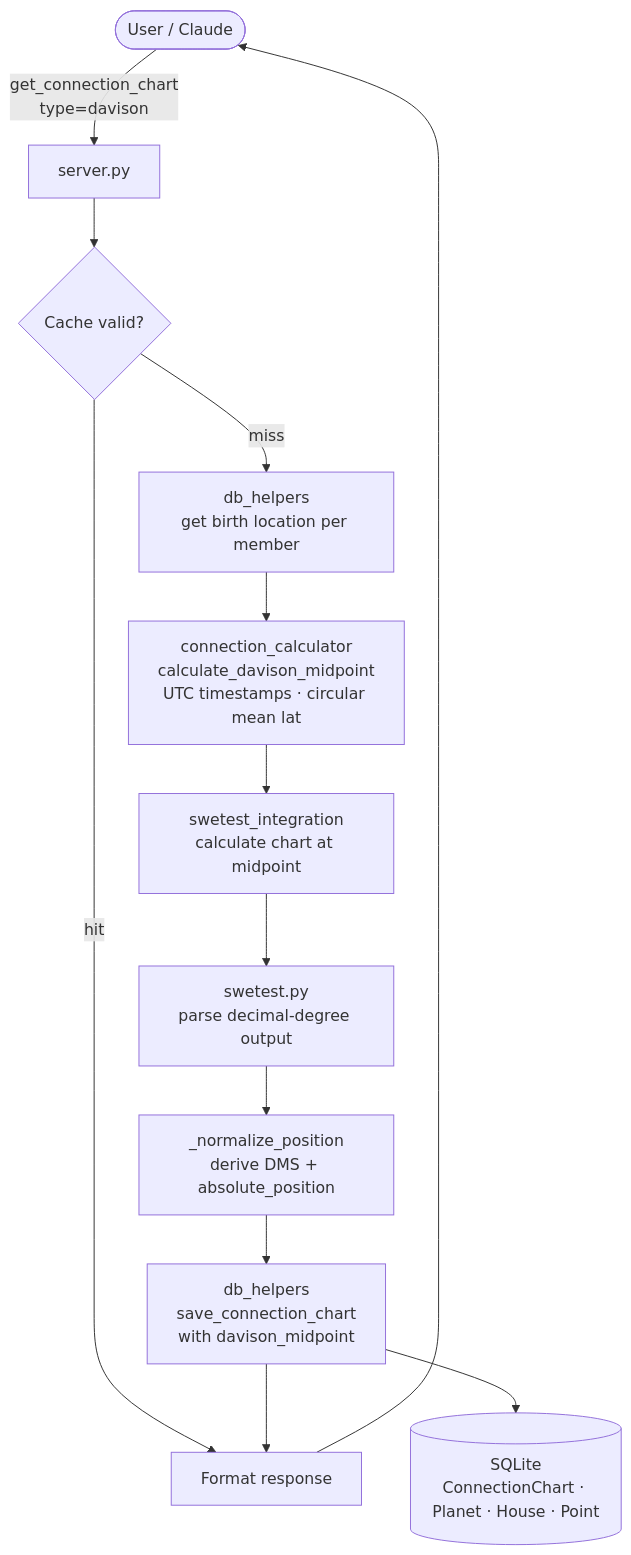
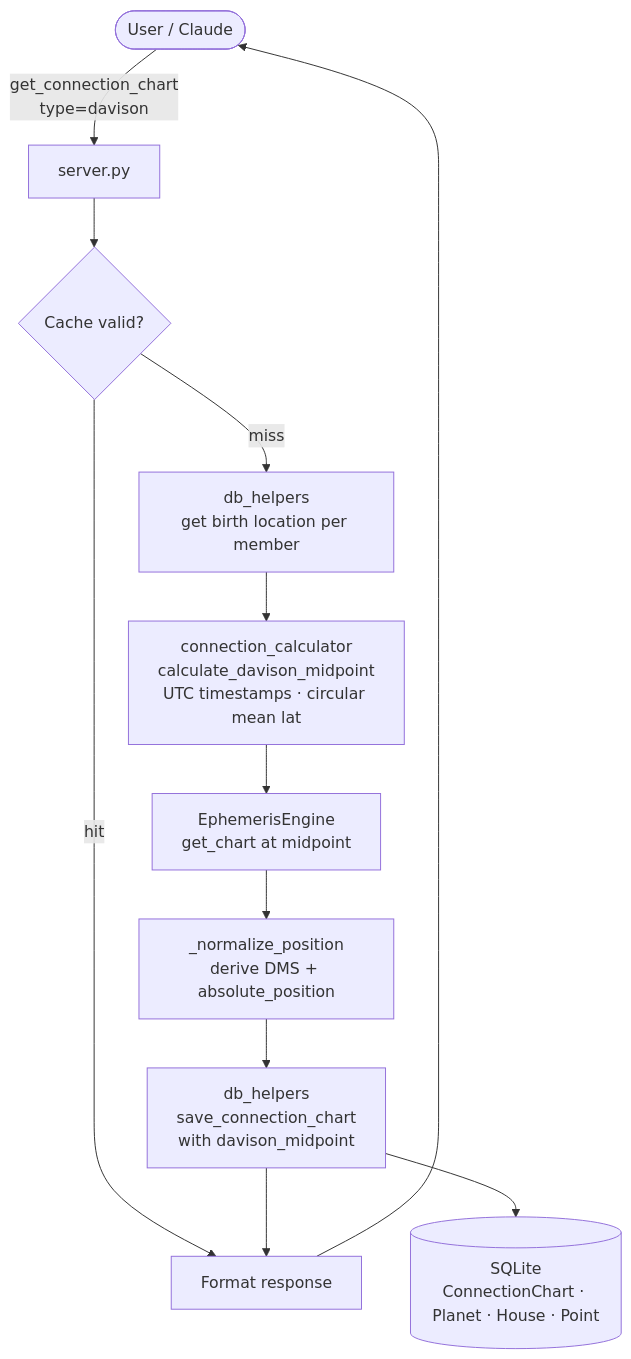
Before and after one commit to w8s/w8s-astro-mcp: the fourth of 5 diagrams in docs/ARCHITECTURE.md, drawn with Mermaid. The commit also changed other lines of this file, not shown here.

First line of the commit message:
docs: update ARCHITECTURE.md for pysweph migration

````diff
--- a/docs/ARCHITECTURE.md
+++ b/docs/ARCHITECTURE.md
@@ -105,15 +101,14 @@
 ```mermaid
 flowchart TD
     U([User / Claude]) -->|get_connection_chart\ntype=davison| S[server.py]
     S --> CACHE{Cache valid?}
     CACHE -->|hit| R[Format response]
     CACHE -->|miss| LOC[db_helpers\nget birth location per member]
     LOC --> MID[connection_calculator\ncalculate_davison_midpoint\nUTC timestamps · circular mean lat]
-    MID --> SW[swetest_integration\ncalculate chart at midpoint]
-    SW --> P[swetest.py\nparse decimal-degree output]
-    P --> NORM[_normalize_position\nderive DMS + absolute_position]
+    MID --> E[EphemerisEngine\nget_chart at midpoint]
+    E --> NORM[_normalize_position\nderive DMS + absolute_position]
     NORM --> SAVE[db_helpers\nsave_connection_chart\nwith davison_midpoint]
     SAVE --> DB[(SQLite\nConnectionChart · Planet · House · Point)]
     SAVE --> R
     R --> U
 ```
````
